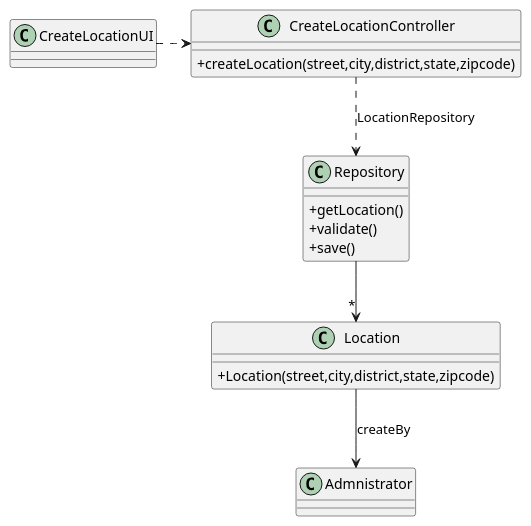
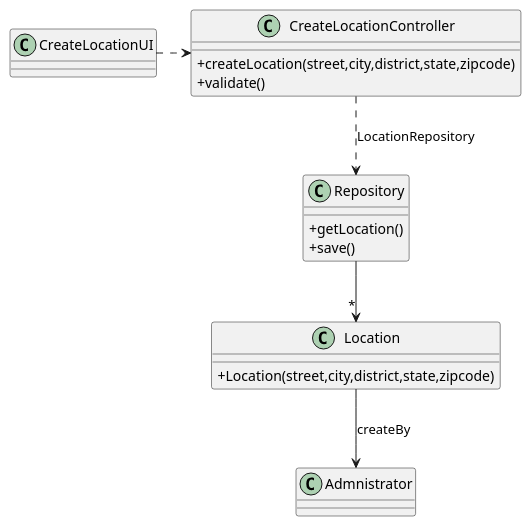
Before and after one commit to tiagohcorreia/LAPR2: the diagram in docs/sprintB/US006/03.design/puml/CD.puml, drawn with PlantUML.

```diff
--- a/docs/sprintB/US006/03.design/puml/CD.puml
+++ b/docs/sprintB/US006/03.design/puml/CD.puml
@@ -1,52 +1,52 @@
 @startuml
 'skinparam monochrome true
 skinparam packageStyle rectangle
 skinparam shadowing false
 skinparam linetype polyline
 'skinparam linetype orto
 
 skinparam classAttributeIconSize 0
 
 'left to right direction
 
 class CreateLocationUI{
 }
 
 class CreateLocationController {
     + createLocation(street,city,district,state,zipcode)
-   
+    +validate()
+
 }
 
 
 
 
 class Repository{
     +getLocation()
-    +validate()
     +save()
 }
 
 class Location{
     + Location(street,city,district,state,zipcode)
 
 }
 
 
 
 Class Admnistrator{
 }
 
 
 
 
 
 
 
 CreateLocationUI .> CreateLocationController
 
 CreateLocationController ..> Repository : LocationRepository
 
 Repository --> "*" Location
 
 Location --> Admnistrator : createBy
 @enduml
```
